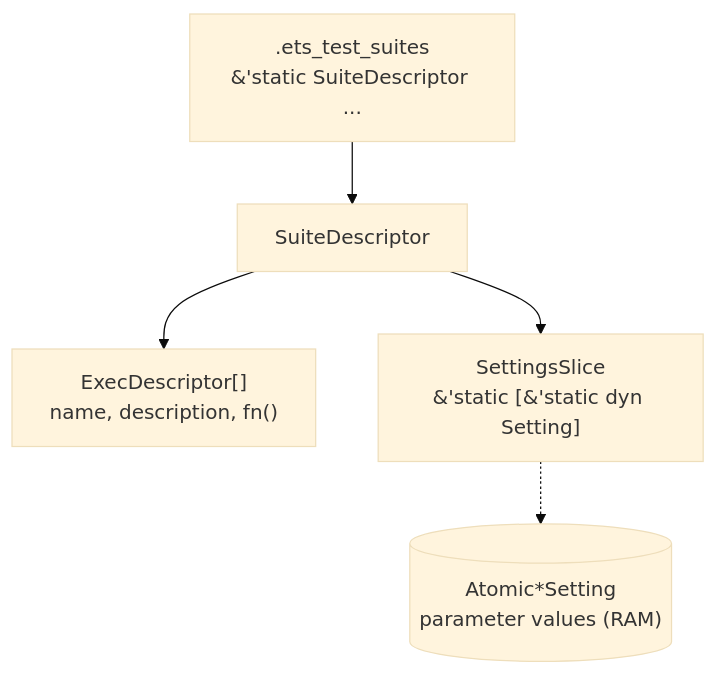
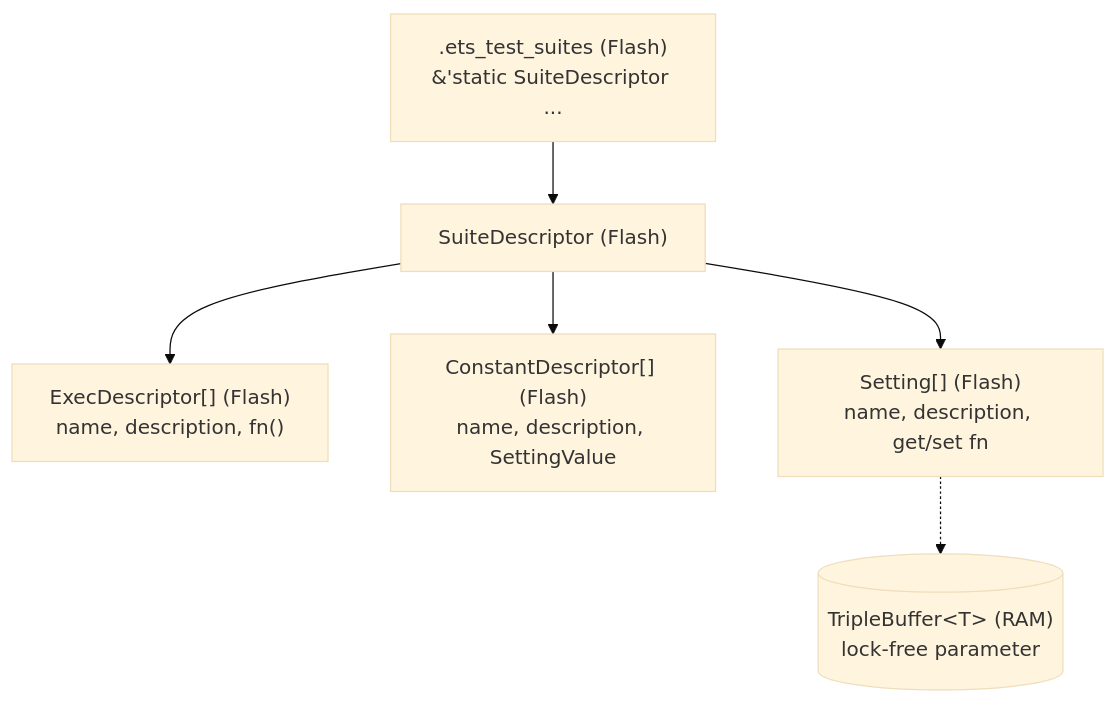
Before and after one commit to Dyse-Industries/control-rs: the diagram in documentation/ets/test-suite-design.md, drawn with Mermaid (base theme). The commit also changed other lines of this file and 4 other files, not shown here.

````diff
--- a/documentation/ets/test-suite-design.md
+++ b/documentation/ets/test-suite-design.md
@@ -83,12 +89,14 @@
 ```mermaid
 flowchart TD
-    SEC[".ets_test_suites<br/>&'static SuiteDescriptor ..."]
-    SD["SuiteDescriptor"]
-    EX["ExecDescriptor[]<br/>name, description, fn()"]
-    SS["SettingsSlice<br/>&'static [&'static dyn Setting]"]
-    AT[("Atomic*Setting<br/>parameter values (RAM)")]
+    SEC[".ets_test_suites (Flash)<br/>&'static SuiteDescriptor ..."]
+    SD["SuiteDescriptor (Flash)"]
+    EX["ExecDescriptor[] (Flash)<br/>name, description, fn()"]
+    CD["ConstantDescriptor[] (Flash)<br/>name, description, SettingValue"]
+    SS["Setting[] (Flash)<br/>name, description, get/set fn"]
+    TB[("TripleBuffer&lt;T&gt; (RAM)<br/>lock-free parameter")]
     SEC --> SD
     SD --> EX
+    SD --> CD
     SD --> SS
-    SS -.-> AT
+    SS -.-> TB
 ```
````
